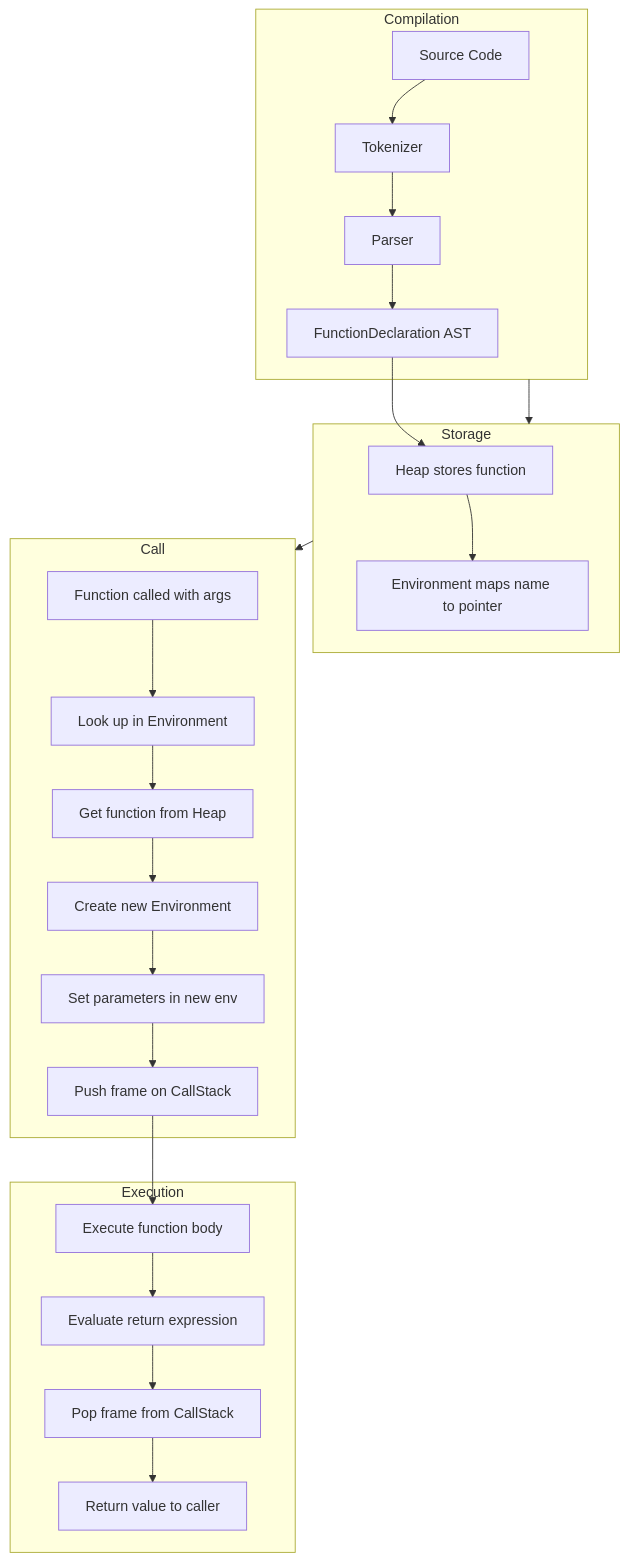
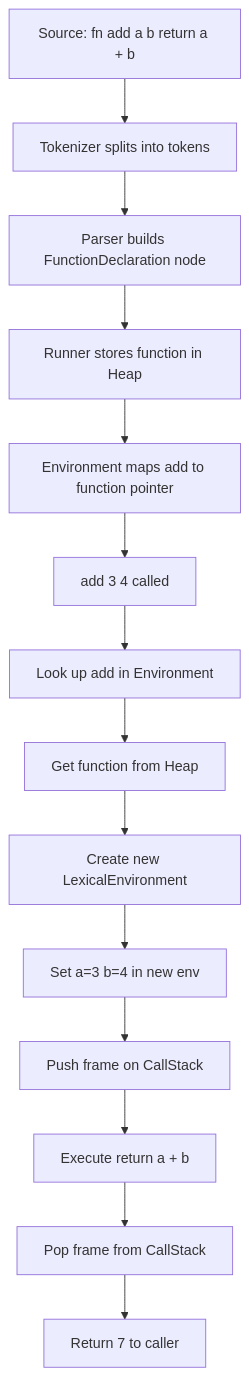
The third of 5 diagrams in README.MD (SoumyaCodercpp/interpreter_ui), drawn with Mermaid before and after one commit.

````diff
--- a/README.MD
+++ b/README.MD
@@ -279,31 +279,16 @@
 ```mermaid
 flowchart TD
-    subgraph Compilation
-        A[Source Code] --> B[Tokenizer]
-        B --> C[Parser]
-        C --> D[FunctionDeclaration AST]
-    end
-    
-    subgraph Storage
-        D --> E[Heap stores function]
-        E --> F[Environment maps name to pointer]
-    end
-    
-    subgraph Call
-        G[Function called with args] --> H[Look up in Environment]
-        H --> I[Get function from Heap]
-        I --> J[Create new Environment]
-        J --> K[Set parameters in new env]
-        K --> L[Push frame on CallStack]
-    end
-    
-    subgraph Execution
-        L --> M[Execute function body]
-        M --> N[Evaluate return expression]
-        N --> O[Pop frame from CallStack]
-        O --> P[Return value to caller]
-    end
-    
-    Compilation --> Storage
-    Storage --> Call
+    A[Source: fn add a b return a + b] --> B[Tokenizer splits into tokens]
+    B --> C[Parser builds FunctionDeclaration node]
+    C --> D[Runner stores function in Heap]
+    D --> E[Environment maps add to function pointer]
+    E --> F[add 3 4 called]
+    F --> G[Look up add in Environment]
+    G --> H[Get function from Heap]
+    H --> I[Create new LexicalEnvironment]
+    I --> J[Set a=3 b=4 in new env]
+    J --> K[Push frame on CallStack]
+    K --> L[Execute return a + b]
+    L --> M[Pop frame from CallStack]
+    M --> N[Return 7 to caller]
 ```
````
